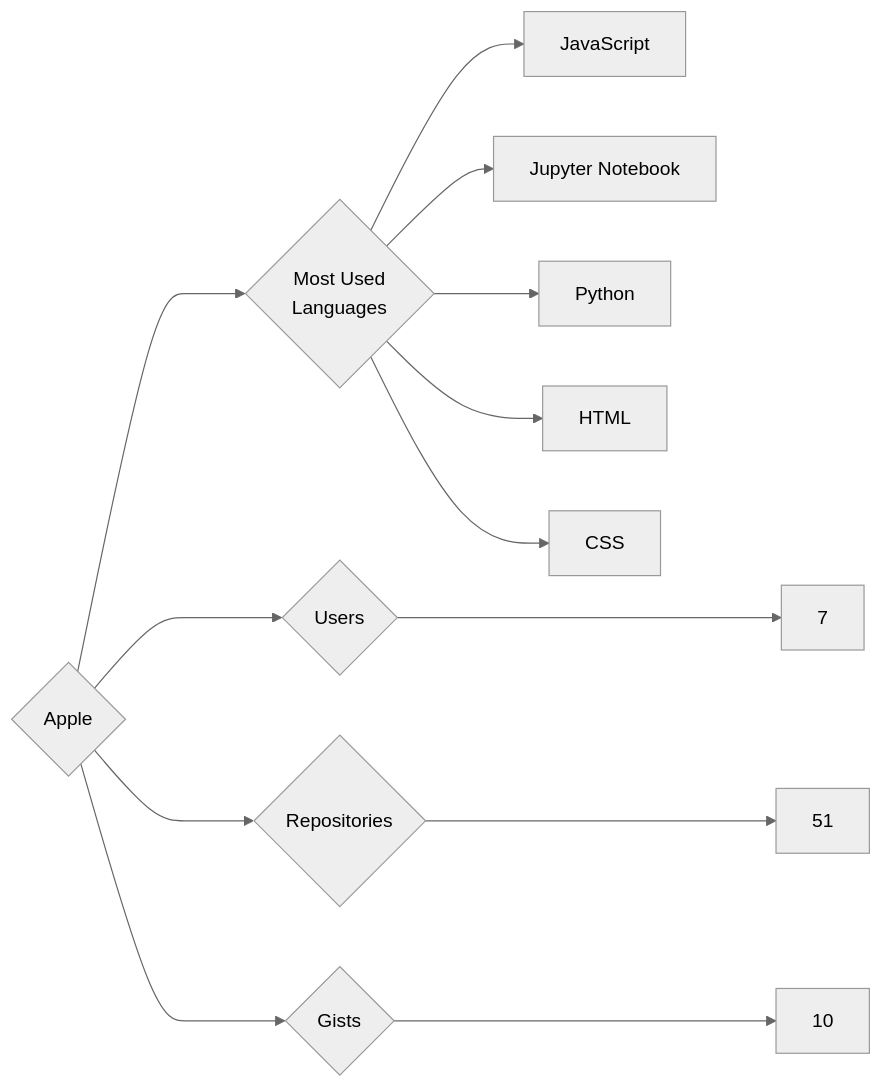
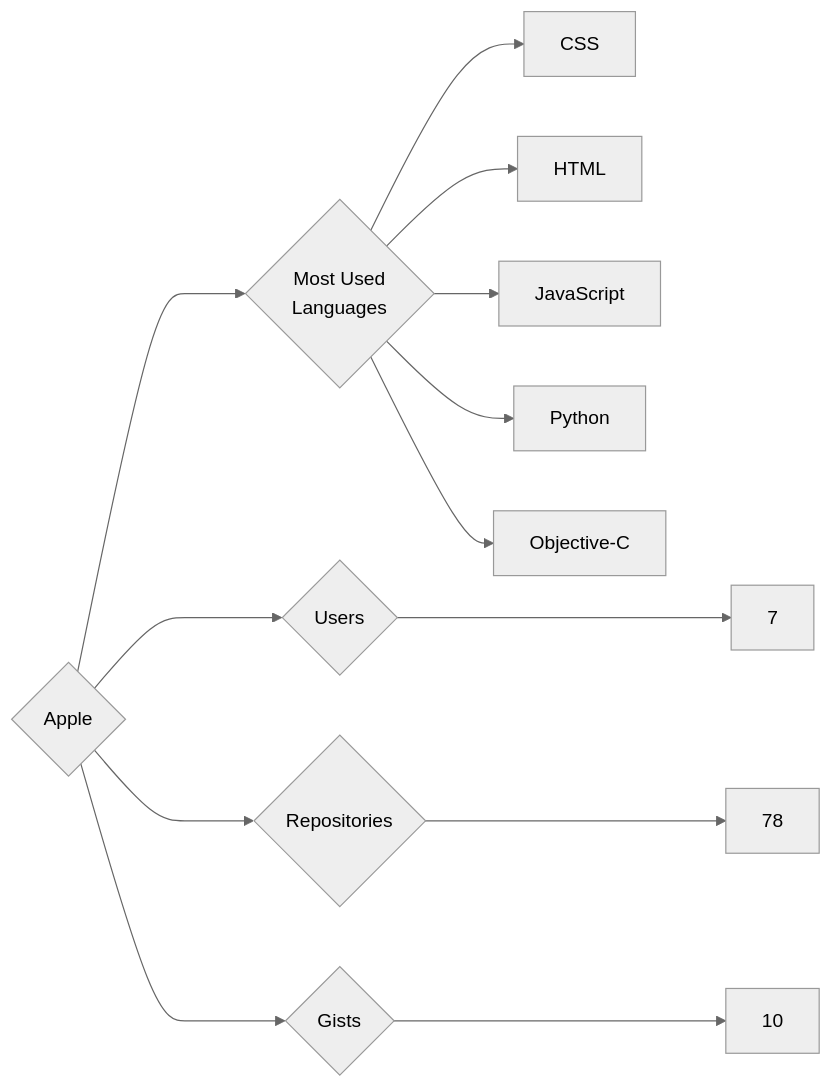
The diagram in targets/Apple/README.md (trickest/insiders), drawn with Mermaid (neutral theme) before and after one commit. The commit also changed 1123 other files, not shown here.

````diff
--- a/targets/Apple/README.md
+++ b/targets/Apple/README.md
@@ -3,13 +3,13 @@
 ```mermaid
 graph LR
 COMPANY_NAME{Apple}
 COMPANY_NAME ---> U{Users} ---> UN[7]
-COMPANY_NAME ---> R{Repositories} ---> RN[51]
+COMPANY_NAME ---> R{Repositories} ---> RN[78]
 COMPANY_NAME ---> G{Gists} ---> GN[10]
 COMPANY_NAME ---> ML{Most Used<br>Languages}
+ML --> CSS[CSS]
+ML --> HTML[HTML]
 ML --> JavaScript[JavaScript]
-ML --> Jupyter_Notebook[Jupyter Notebook]
 ML --> Python[Python]
-ML --> HTML[HTML]
-ML --> CSS[CSS]
+ML --> Objective-C[Objective-C]
 ```
````
